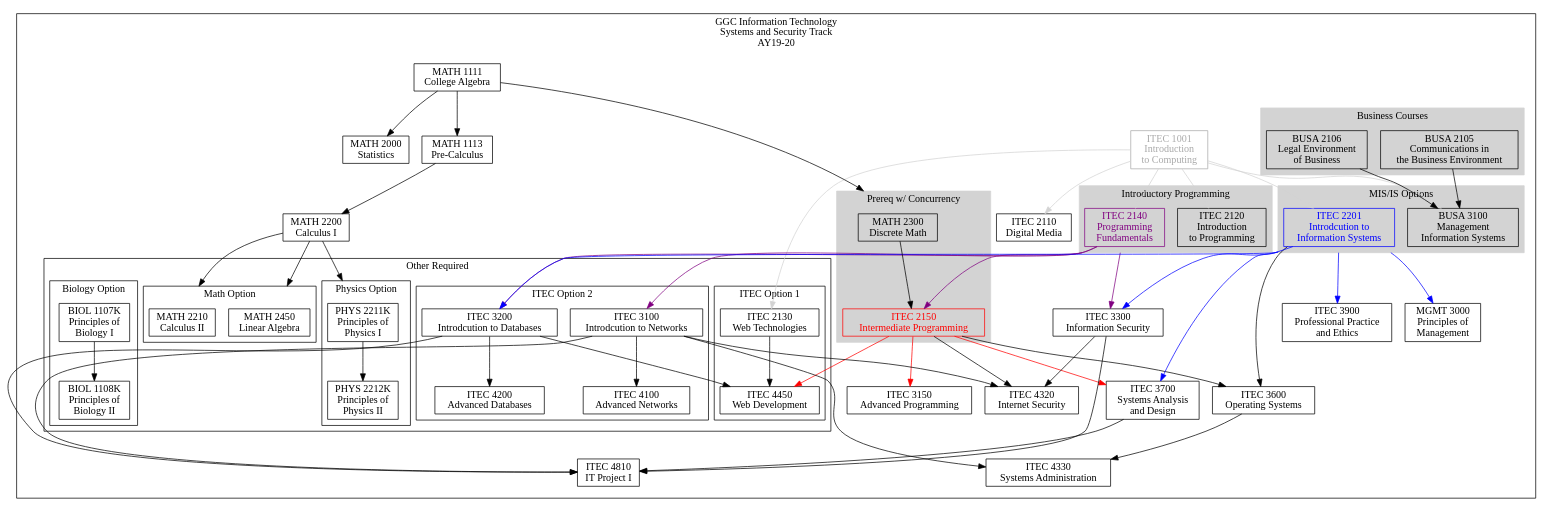
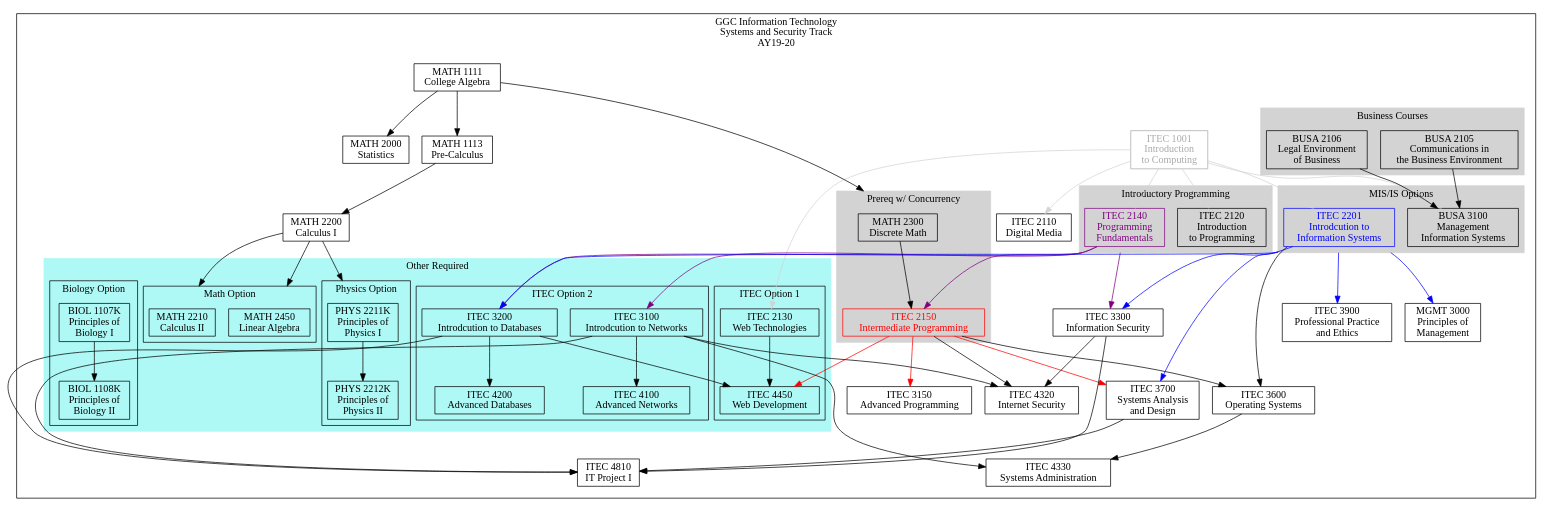
Before and after one commit to rjlutz/itec-plans: the diagram in AY19-20/SystemsSecurity.dot, drawn with Graphviz. The commit also changed 9 other files, not shown here.

```diff
--- a/AY19-20/SystemsSecurity.dot
+++ b/AY19-20/SystemsSecurity.dot
@@ -1,167 +1,176 @@
 digraph G {
 
     node [shape = record, fontname="Sans serif" fontsize="14"];
     compound = true //  needed to link clusters and nodes
     splines = true
     ranksep=0.75
 
      // All
     itec1001[label = "ITEC 1001\nIntroduction \nto Computing" color=darkgray fontcolor=darkgray]
     itec2110[label = "ITEC 2110\nDigital Media"]
     itec2120[label = "ITEC 2120\nIntroduction\nto Programming"]
     itec2130[label = "ITEC 2130\nWeb Technologies"]
     itec2140[label = "ITEC 2140\nProgramming \nFundamentals" color=purple fontcolor=purple]
     itec2150[label = "ITEC 2150\nIntermediate Programming" color=red fontcolor=red]
     itec2201[label = "ITEC 2201\nIntrodcution to\nInformation Systems" color=blue fontcolor=blue]
     itec3100[label = "ITEC 3100\nIntrodcution to Networks"]
     itec3200[label = "ITEC 3200\nIntrodcution to Databases"]
     itec3900[label = "ITEC 3900\nProfessional Practice\nand Ethics"]
     busa2105[label = "BUSA 2105\nCommunications in\nthe Business Environment"]
     busa2106[label = "BUSA 2106\nLegal Environment\nof Business"]
     busa3100[label = "BUSA 3100\nManagement \nInformation Systems"]
     math1111[label = "MATH 1111\nCollege Algebra"]
     math1113[label = "MATH 1113\nPre-Calculus"]
     math2300[label = "MATH 2300\nDiscrete Math"]
     math2000[label = "MATH 2000\nStatistics"]
     math2200[label = "MATH 2200\nCalculus I"]
     mgmt3000[label = "MGMT 3000\nPrinciples of\nManagement"]
 
     //Systems and Seurity
     itec3150[label = "ITEC 3150\nAdvanced Programming"]
     itec3300[label = "ITEC 3300\nInformation Security"]
     itec3600[label = "ITEC 3600\nOperating Systems"]
     itec3700[label = "ITEC 3700\nSystems Analysis\nand Design"]
     itec4100[label = "ITEC 4100\nAdvanced Networks"]
     itec4200[label = "ITEC 4200\nAdvanced Databases"]
     itec4320[label = "ITEC 4320\nInternet Security"]
     itec4330[label = "ITEC 4330\nSystems Administration"]
     itec4450[label = "ITEC 4450\nWeb Development"]
     itec4810[label = "ITEC 4810\nIT Project I"]
     math2210[label = "MATH 2210\nCalculus II"]
     math2450[label = "MATH 2450\nLinear Algebra"]
     phys2211k[label = "PHYS 2211K\nPrinciples of\nPhysics I"]
     phys2212k[label = "PHYS 2212K\nPrinciples of\nPhysics II"]
     biol1107k[label = "BIOL 1107K\nPrinciples of\nBiology I"]
     biol1108k[label = "BIOL 1108K\nPrinciples of\nBiology II"]
 
 
     subgraph clusterss {
         label="GGC Information Technology\nSystems and Security Track\nAY19-20"
 
         subgraph clusterrequired {
             label=""
             node [style=filled];
             style=filled;
 
             color="#FFFFFF";
 
             itec1001 -> itec2110  [color=lightgray]
             itec1001 -> itec2120 [color=lightgray]
             itec1001 -> itec2130 [color=lightgray]
             itec1001 -> itec2201 [color=lightgray]
             itec1001 -> busa3100 [color=lightgray]
             itec2140 -> itec2150 [color=purple]
             itec2140 -> itec3100 [color=purple]
             itec2150 -> itec3150 [lltail=clusterdiscrete color=red]
             itec2201 -> itec3200 [ltail=cluster22013100 color=blue]
             itec2140 -> itec3200 [ltail=cluster21202140 color=purple]
 
             itec2201 -> itec3300 [ltail=cluster22013100 color=blue]
             itec2140 -> itec3300 [ltail=cluster21202140 color=purple]
             itec2150 -> itec3600 
             itec2201 -> itec3600
             itec2150 -> itec4320
             itec3100 -> itec4320
             itec3300 -> itec4320
             itec3100 -> itec4330
             itec3600 -> itec4330
             itec3100 -> itec4810
             itec3200 -> itec4810
             itec3300 -> itec4810
             itec3700 -> itec4810
 
             busa2106 -> busa3100
             busa2105 -> busa3100
             itec1001 -> itec2140 [color=lightgray]
 
             itec2150 -> itec3700 [lltail=clusterdiscrete color=red]
             itec2201 -> itec3700 [color=blue]
 
             itec2201 -> itec3900 [ltail=cluster22013100 color=blue]
             itec2201 -> mgmt3000 [ltail=cluster22013100 color=blue]
 
             math1113 -> math2200
             math1111 -> math1113
             math1111 -> math2000
             math1111 -> math2300 [lhead=clusterdiscrete]
             math2200 -> math2210 [lhead=clustermathopt]
             math2200 -> math2450 [lhead=clustermathopt]
             itec3200 -> itec4450
 
             math2200 -> phys2211k [lhead=clusterphysopt]
 
             subgraph cluster21202140 {
                 label = "Introductory Programming";
                 color=lightgrey;
                 itec2120
                 itec2140
             }
             subgraph cluster22013100 {
                 label = "MIS/IS Options";
                 color=lightgrey;
                 itec2201
                 busa3100
             }
             subgraph cluster21052106 {
                 label = "Business Courses"
                 color=lightgrey;
                 busa2105
                 busa2106
             }
             
             subgraph clusterdiscrete {
                 label = "Prereq w/ Concurrency";
                 node [style=filled];
                 style=filled;
                 color=lightgrey;
                 math2300 -> itec2150
             }
 
             subgraph clusterotherrequired {
                 label = "Other Required"
                 node [style=filled];
                 style=filled;
-                graph[style=solid]
-                color=black;
+                color="#AEF9F5"
 
                 subgraph clusteritecopt1 {
                     label = "ITEC Option 1";
+                    graph[style=solid]
+                    color=black;
                     itec2130 -> itec4450
                     itec2150 -> itec4450 [color=red]
                 }
 
                 subgraph clusteritecopt2 {
                     label = "ITEC Option 2";
+                    graph[style=solid]
+                    color=black;
                     itec3100 -> itec4100
                     itec3200 -> itec4200
                 }
 
                 subgraph clusterbiolopt {
                     label = "Biology Option";
+                    graph[style=solid]
+                    color=black;
                     biol1107k -> biol1108k
                 }
 
                 subgraph clustermathopt {
                     label = "Math Option";
+                    graph[style=solid]
+                    color=black;
                     math2210
                     math2450
                 }
 
                 subgraph clusterphysopt {
                     label = "Physics Option"
+                    graph[style=solid]
+                    color=black;
                     phys2211k -> phys2212k
                 }
             }
         }    
     }
 }
```
